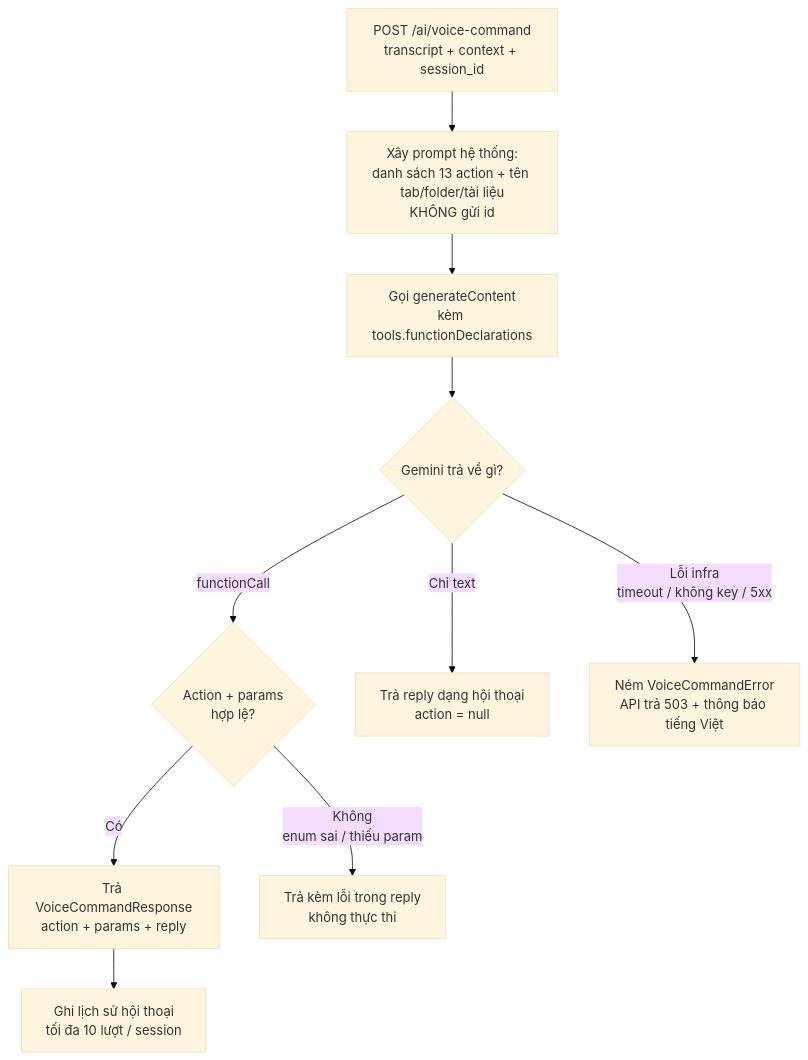
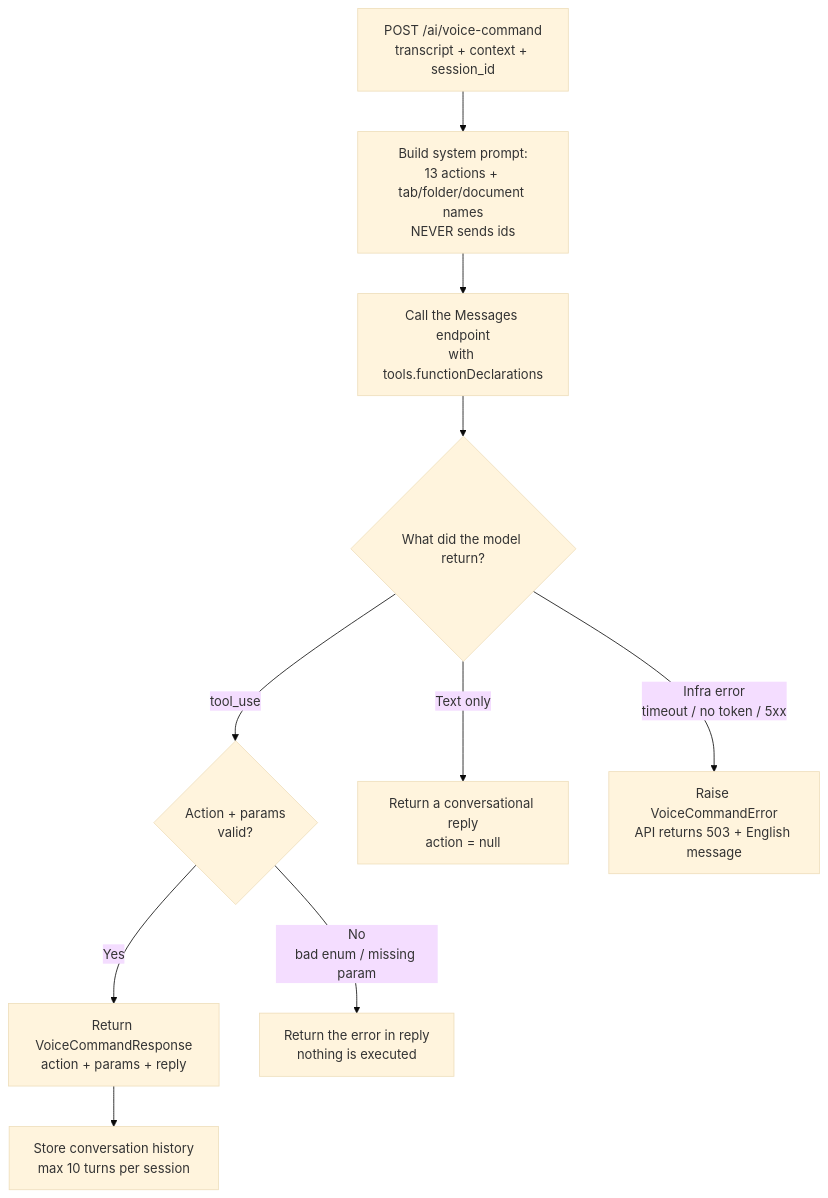
Before and after one commit to VuHoangGit/testss: the second of 6 diagrams in docs/voice-flows.md, drawn with Mermaid (base theme). The commit also changed other lines of this file and 63 other files, not shown here.

````diff
--- a/docs/voice-flows.md
+++ b/docs/voice-flows.md
@@ -41,12 +42,12 @@
 ```mermaid
 flowchart TD
-    A[POST /ai/voice-command<br/>transcript + context + session_id] --> B[Xây prompt hệ thống:<br/>danh sách 13 action + tên tab/folder/tài liệu<br/>KHÔNG gửi id]
-    B --> C[Gọi generateContent<br/>kèm tools.functionDeclarations]
-    C --> D{Gemini trả về gì?}
-    D -- functionCall --> E{Action + params<br/>hợp lệ?}
-    E -- Có --> F[Trả VoiceCommandResponse<br/>action + params + reply]
-    E -- Không<br/>enum sai / thiếu param --> G[Trả kèm lỗi trong reply<br/>không thực thi]
-    D -- Chỉ text --> H[Trả reply dạng hội thoại<br/>action = null]
-    D -- Lỗi infra<br/>timeout / không key / 5xx --> I[Ném VoiceCommandError<br/>API trả 503 + thông báo tiếng Việt]
-    F --> J[Ghi lịch sử hội thoại<br/>tối đa 10 lượt / session]
+    A[POST /ai/voice-command<br/>transcript + context + session_id] --> B[Build system prompt:<br/>13 actions + tab/folder/document names<br/>NEVER sends ids]
+    B --> C[Call the Messages endpoint<br/>with tools.functionDeclarations]
+    C --> D{What did the model return?}
+    D -- tool_use --> E{Action + params<br/>valid?}
+    E -- Yes --> F[Return VoiceCommandResponse<br/>action + params + reply]
+    E -- No<br/>bad enum / missing param --> G[Return the error in reply<br/>nothing is executed]
+    D -- Text only --> H[Return a conversational reply<br/>action = null]
+    D -- Infra error<br/>timeout / no token / 5xx --> I[Raise VoiceCommandError<br/>API returns 503 + English message]
+    F --> J[Store conversation history<br/>max 10 turns per session]
 ```
````
